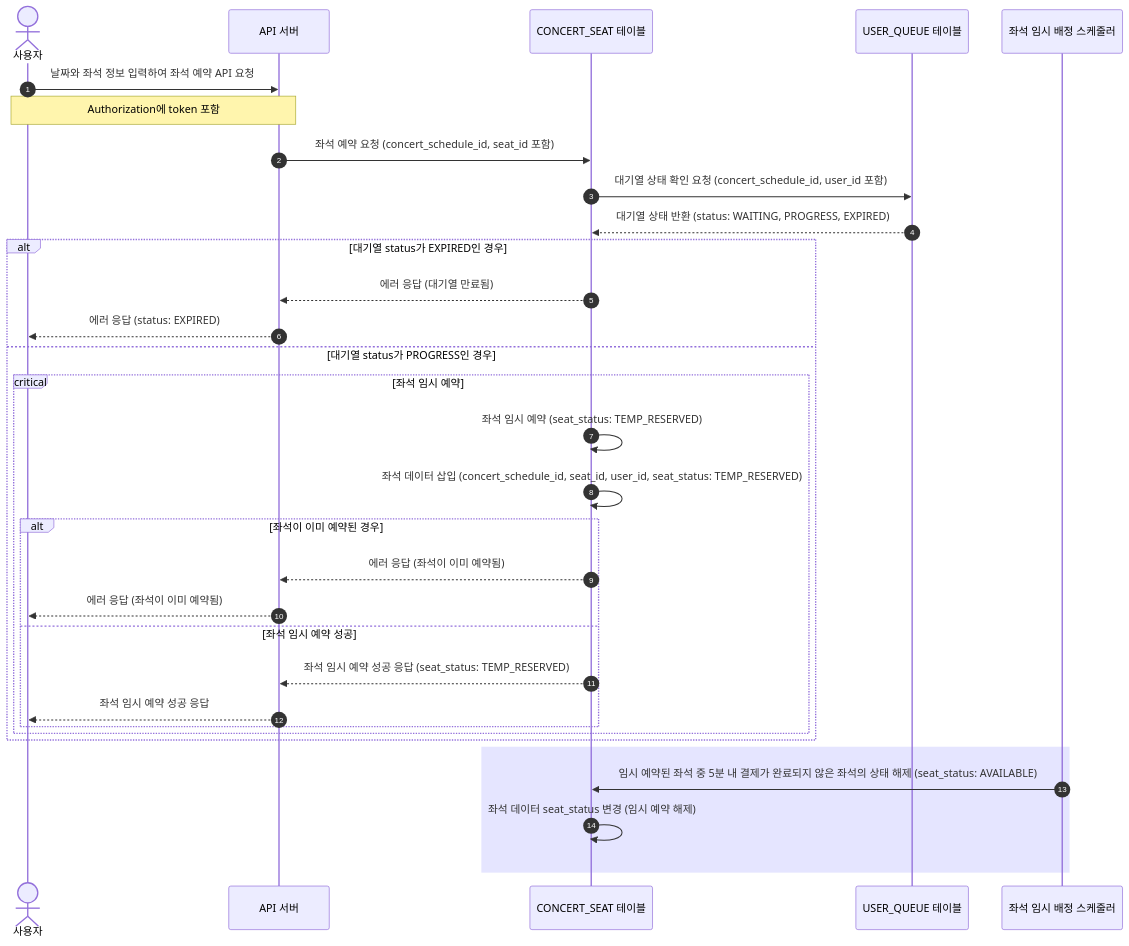
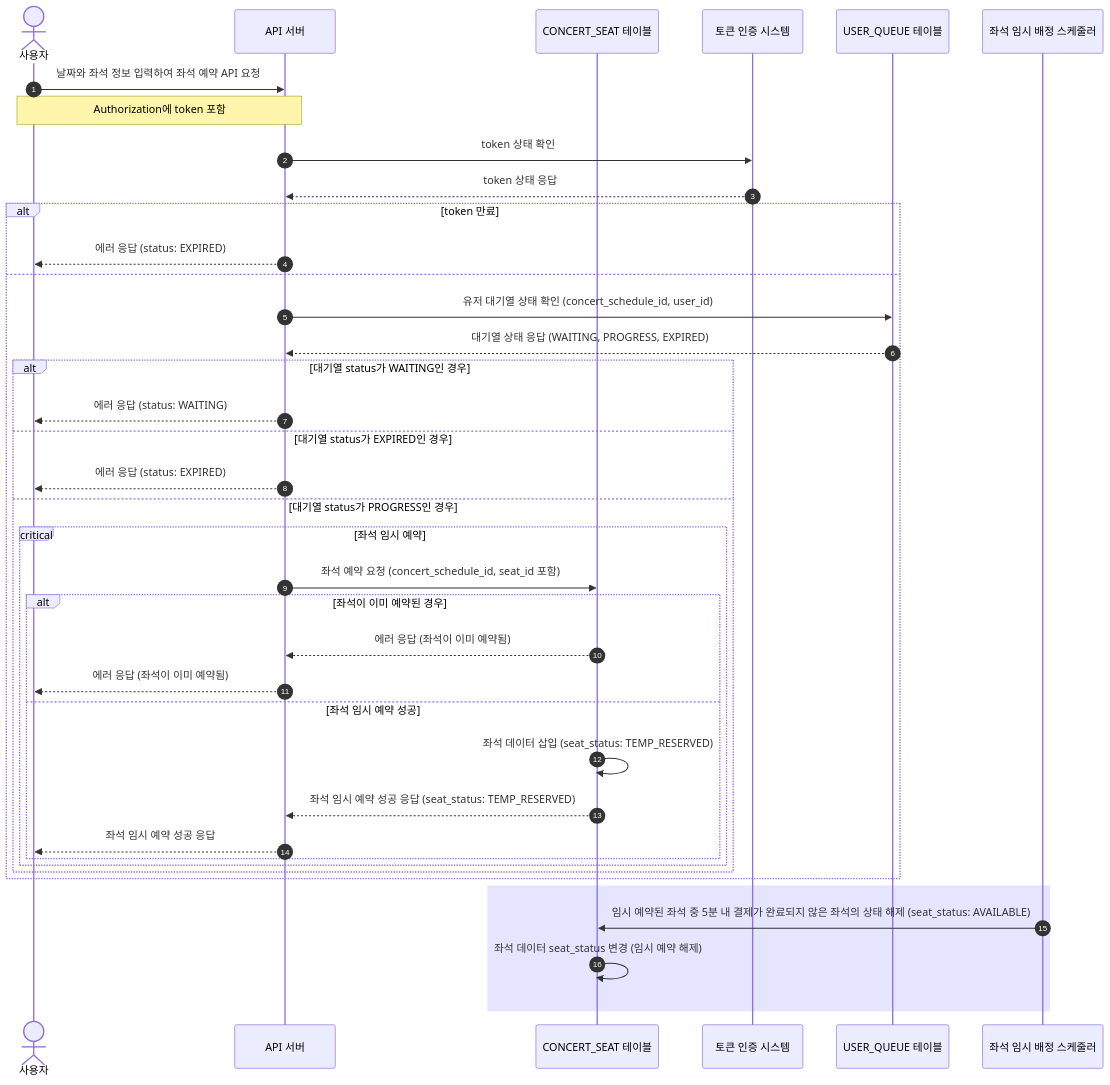
The fourth of 7 diagrams in docs/sequence.md (Cheondongmin/concert-java), drawn with Mermaid before and after one commit. The commit also changed other lines of this file, not shown here.

````diff
--- a/docs/sequence.md
+++ b/docs/sequence.md
@@ -94,37 +94,44 @@
 ```mermaid
 sequenceDiagram
     autonumber
     actor 사용자 as 사용자
     participant API as API 서버
     participant CONCERT_SEAT as CONCERT_SEAT 테이블
+    participant AUTH as 토큰 인증 시스템
     participant USER_QUEUE as USER_QUEUE 테이블
     participant SEAT_SCHEDULER as 좌석 임시 배정 스케줄러
 
     사용자 ->> API: 날짜와 좌석 정보 입력하여 좌석 예약 API 요청
     Note over 사용자, API: Authorization에 token 포함
-    API ->> CONCERT_SEAT: 좌석 예약 요청 (concert_schedule_id, seat_id 포함)
-    CONCERT_SEAT ->> USER_QUEUE: 대기열 상태 확인 요청 (concert_schedule_id, user_id 포함)
-    USER_QUEUE -->> CONCERT_SEAT: 대기열 상태 반환 (status: WAITING, PROGRESS, EXPIRED)
+    API ->> AUTH: token 상태 확인
+    AUTH -->> API: token 상태 응답
+    alt token 만료
+        API -->> 사용자: 에러 응답 (status: EXPIRED)
+    else
+        API ->> USER_QUEUE: 유저 대기열 상태 확인 (concert_schedule_id, user_id)
+        USER_QUEUE -->> API: 대기열 상태 응답 (WAITING, PROGRESS, EXPIRED)
 
-    alt 대기열 status가 EXPIRED인 경우
-        CONCERT_SEAT -->> API: 에러 응답 (대기열 만료됨)
-        API -->> 사용자: 에러 응답 (status: EXPIRED)
-    else 대기열 status가 PROGRESS인 경우
-        critical 좌석 임시 예약
-            CONCERT_SEAT ->> CONCERT_SEAT: 좌석 임시 예약 (seat_status: TEMP_RESERVED)
-            CONCERT_SEAT ->> CONCERT_SEAT: 좌석 데이터 삽입 (concert_schedule_id, seat_id, user_id, seat_status: TEMP_RESERVED)
-            alt 좌석이 이미 예약된 경우
-                CONCERT_SEAT -->> API: 에러 응답 (좌석이 이미 예약됨)
-                API -->> 사용자: 에러 응답 (좌석이 이미 예약됨)
-            else 좌석 임시 예약 성공
-                CONCERT_SEAT -->> API: 좌석 임시 예약 성공 응답 (seat_status: TEMP_RESERVED)
-                API -->> 사용자: 좌석 임시 예약 성공 응답
+        alt 대기열 status가 WAITING인 경우
+            API -->> 사용자: 에러 응답 (status: WAITING)
+        else 대기열 status가 EXPIRED인 경우
+            API -->> 사용자: 에러 응답 (status: EXPIRED)
+        else 대기열 status가 PROGRESS인 경우
+            critical 좌석 임시 예약
+                API ->> CONCERT_SEAT: 좌석 예약 요청 (concert_schedule_id, seat_id 포함)
+                alt 좌석이 이미 예약된 경우
+                    CONCERT_SEAT -->> API: 에러 응답 (좌석이 이미 예약됨)
+                    API -->> 사용자: 에러 응답 (좌석이 이미 예약됨)
+                else 좌석 임시 예약 성공
+                    CONCERT_SEAT ->> CONCERT_SEAT: 좌석 데이터 삽입 (seat_status: TEMP_RESERVED)
+                    CONCERT_SEAT -->> API: 좌석 임시 예약 성공 응답 (seat_status: TEMP_RESERVED)
+                    API -->> 사용자: 좌석 임시 예약 성공 응답
+                end
             end
         end
     end
 
     rect rgba(0, 0, 255, .1)
         SEAT_SCHEDULER ->> CONCERT_SEAT: 임시 예약된 좌석 중 5분 내 결제가 완료되지 않은 좌석의 상태 해제 (seat_status: AVAILABLE)
         CONCERT_SEAT ->> CONCERT_SEAT: 좌석 데이터 seat_status 변경 (임시 예약 해제)
     end
 ```
````
